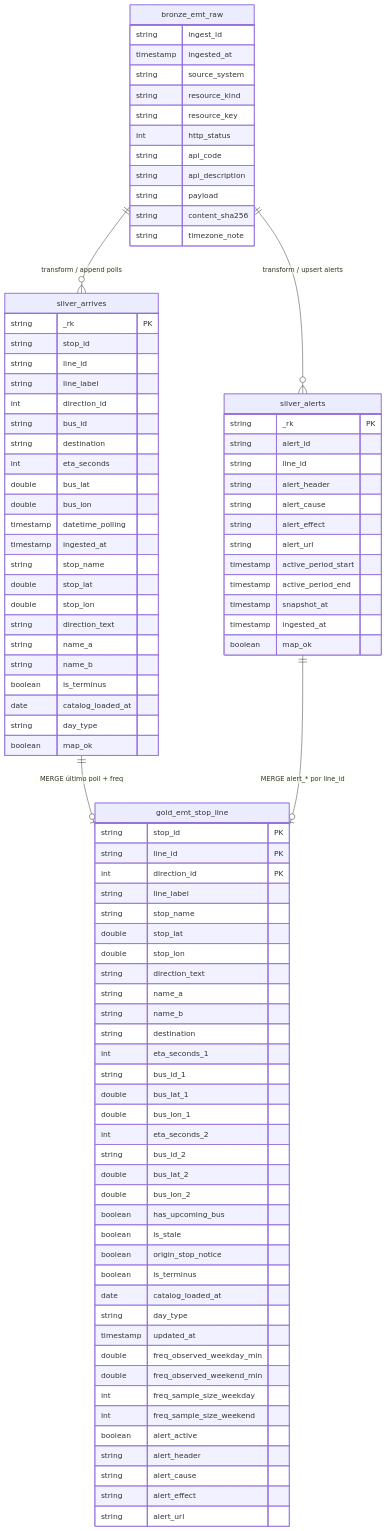
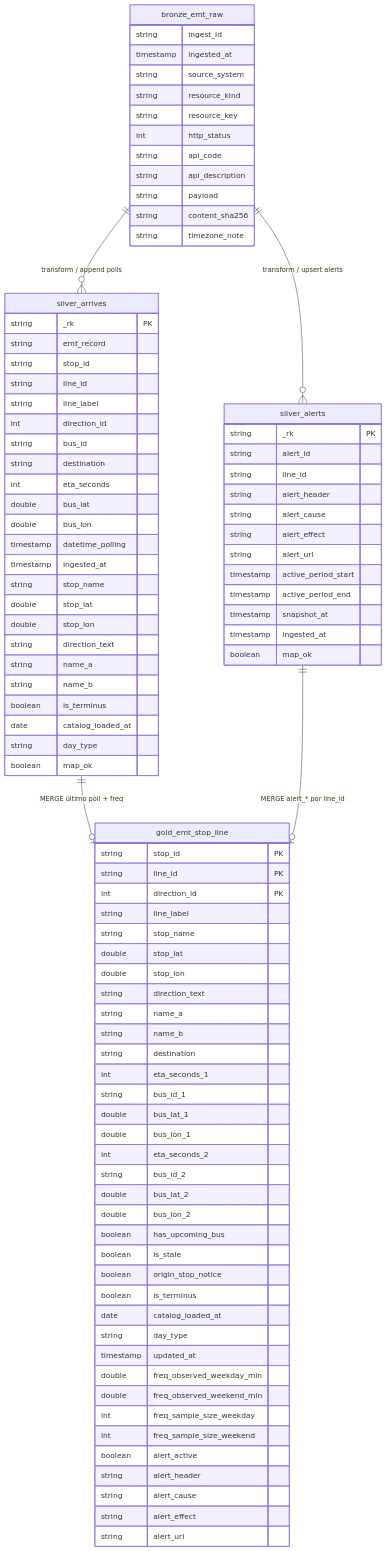
Before and after one commit to Bootcamp-IA-P6/Microsoft: the second of 2 diagrams in docs/data-source-contract-v4.md, drawn with Mermaid. The commit also changed other lines of this file and 16 other files, not shown here.

```diff
--- a/docs/data-source-contract-v4.md
+++ b/docs/data-source-contract-v4.md
@@ -177,6 +187,7 @@
 
   silver_arrives {
     string _rk PK
+    string emt_record
     string stop_id
     string line_id
     string line_label
```
